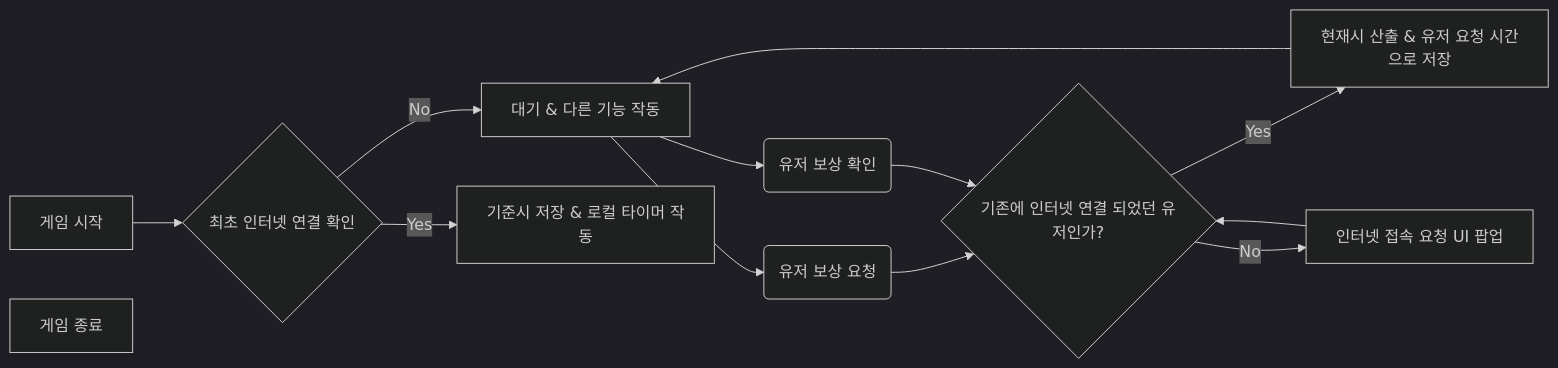
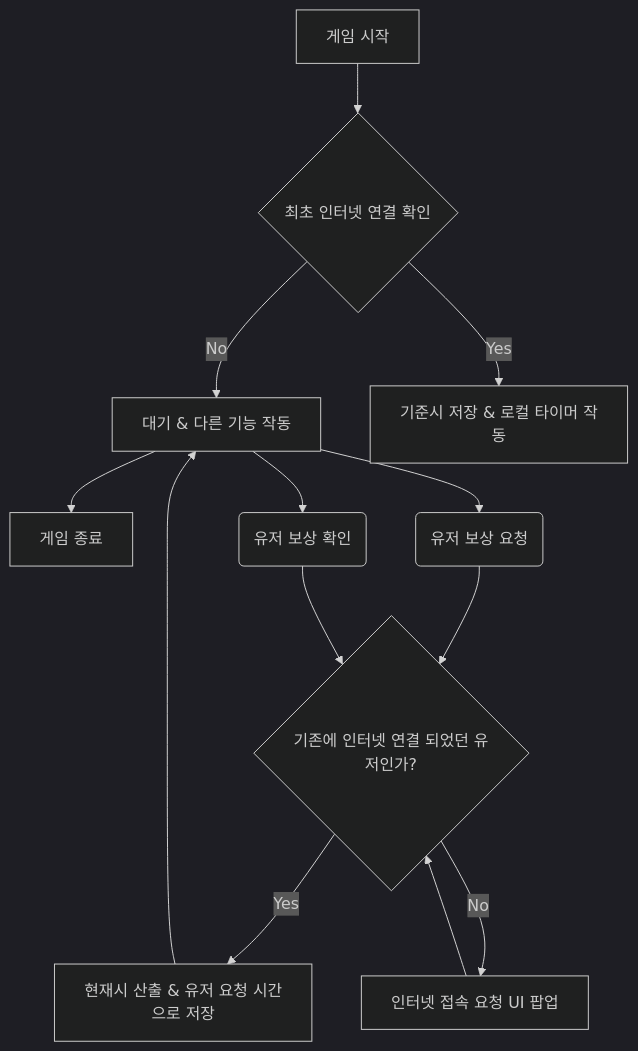
The diagram in _posts/2019-7-20-69th-post.md (lhamed/lhamed.github.io), drawn with Mermaid (dark theme) before and after one commit.

```diff
--- a/_posts/2019-7-20-69th-post.md
+++ b/_posts/2019-7-20-69th-post.md
@@ -88,24 +88,25 @@
 <div class="mermaid">
-graph LR;
+graph TD;
     start[게임 시작]
     wait[대기 & 다른 기능 작동]
     endGame[게임 종료]
     checkNetwork{최초 인터넷 연결 확인}
     checkNetwork_2{기존에 인터넷 연결 되었던 유저인가?}
     beginWatch[기준시 저장 & 로컬 타이머 작동]
     checkWatch[현재시 산출 & 유저 요청 시간으로 저장]
     userRequest(유저 보상 요청)
     userReward(유저 보상 확인)
     popupRequestInternet[인터넷 접속 요청 UI 팝업]
     start --> checkNetwork 
     checkNetwork -- Yes --> beginWatch 
     checkNetwork -- No --> wait 
     wait --> userRequest 
     userRequest --> checkNetwork_2 
     checkNetwork_2 -- Yes --> checkWatch 
     checkWatch --> wait 
     checkNetwork_2 -- No --> popupRequestInternet 
     popupRequestInternet --> checkNetwork_2
     wait --> userReward 
     userReward -->checkNetwork_2
+    wait --> endGame
 </div>
```
